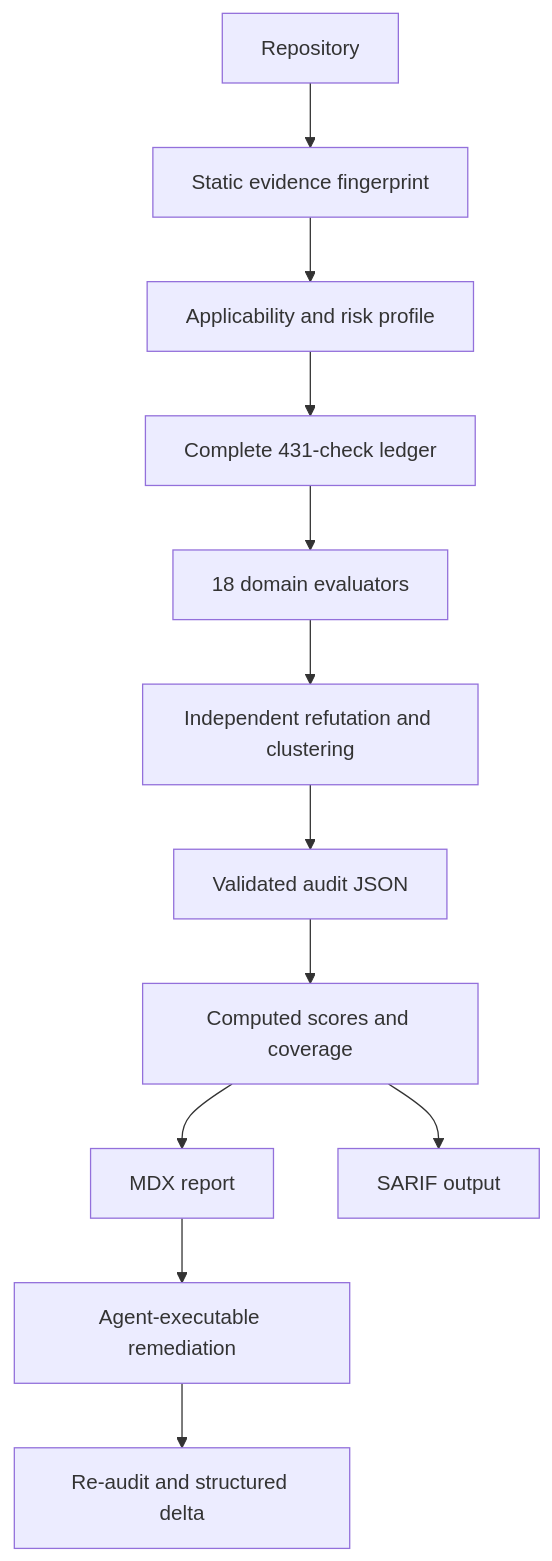
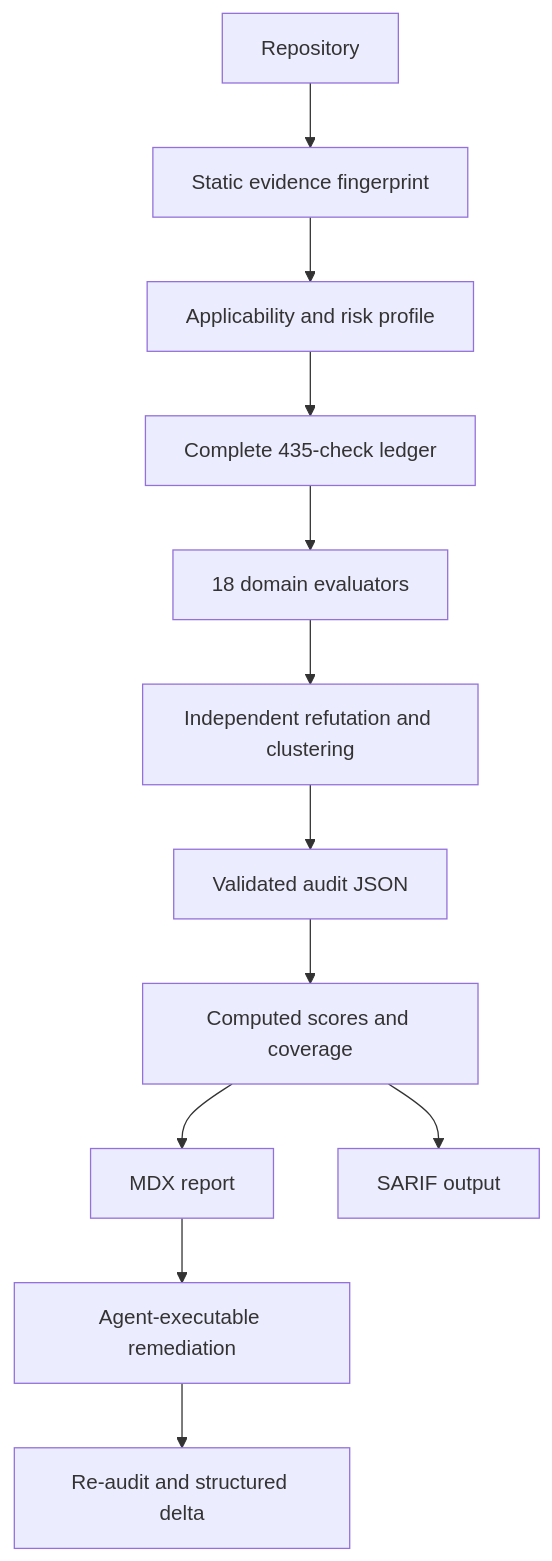
The diagram in README.md (hannsxpeter/godaudits), drawn with Mermaid before and after one commit. The commit also changed other lines of this file and 13 other files, not shown here.

````diff
--- a/README.md
+++ b/README.md
@@ -109,14 +109,14 @@
 ```mermaid
 flowchart TD
   A[Repository] --> B[Static evidence fingerprint]
   B --> C[Applicability and risk profile]
-  C --> D[Complete 431-check ledger]
+  C --> D[Complete 435-check ledger]
   D --> E[18 domain evaluators]
   E --> F[Independent refutation and clustering]
   F --> G[Validated audit JSON]
   G --> H[Computed scores and coverage]
   H --> I[MDX report]
   H --> J[SARIF output]
   I --> K[Agent-executable remediation]
   K --> L[Re-audit and structured delta]
 ```
````
